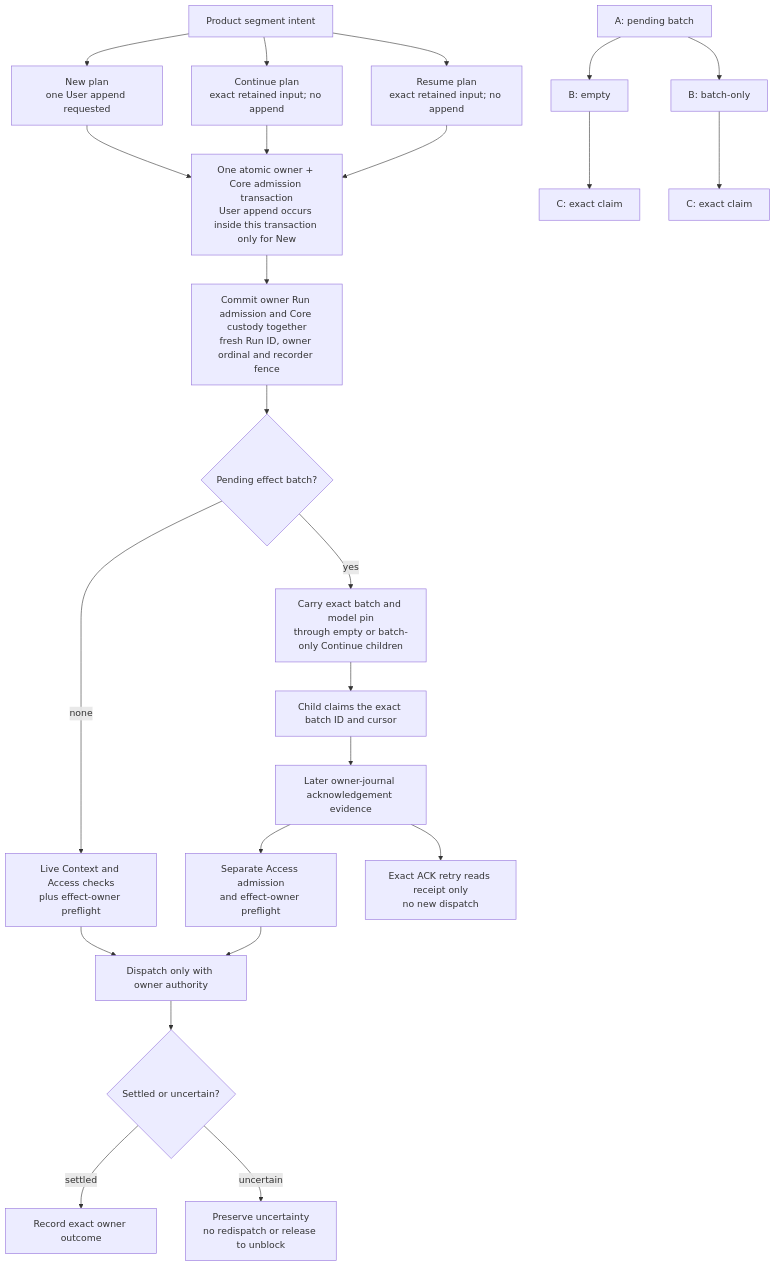
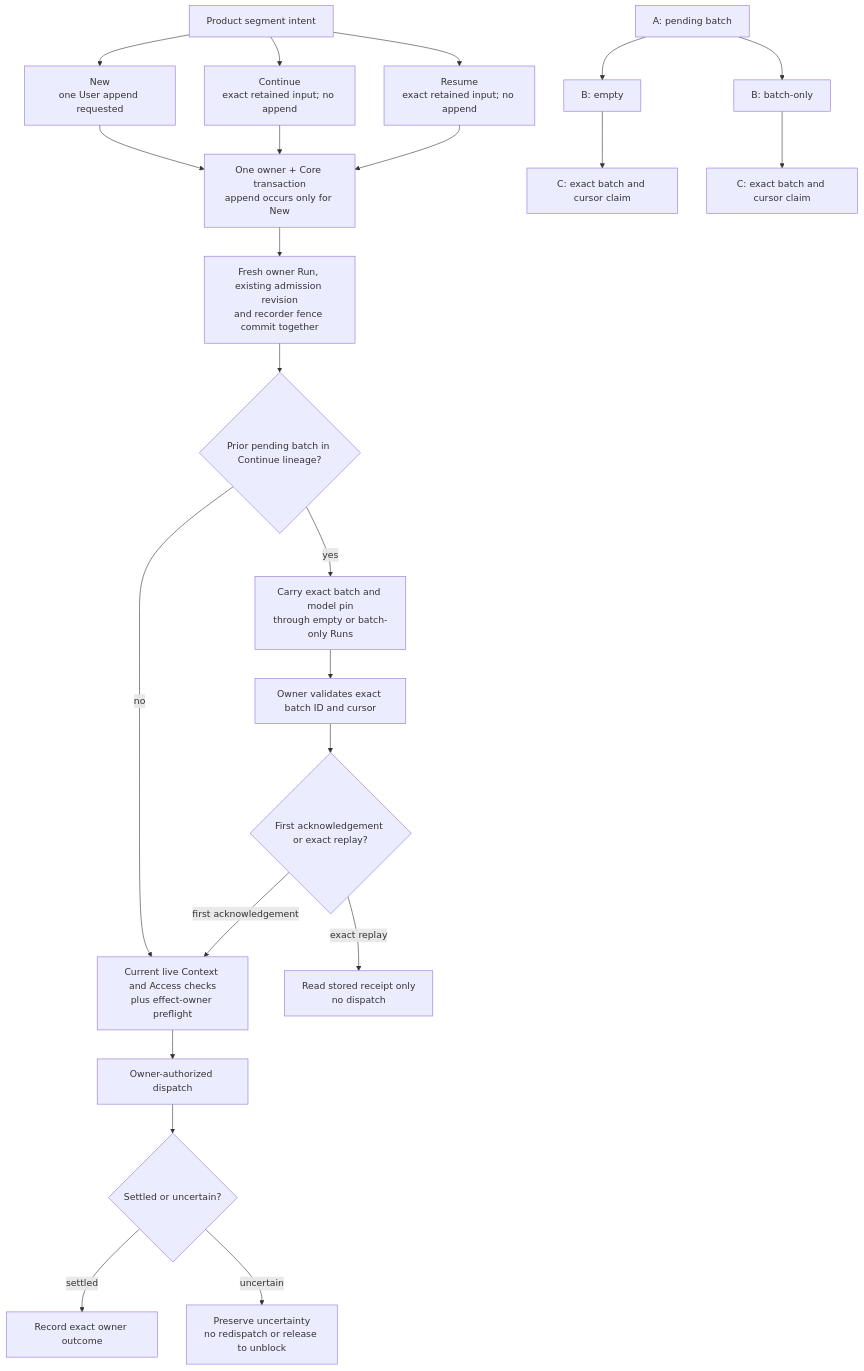
The second of 2 diagrams in docs/plans/2026-10-02-architecture-refactor.md (syi0808/floe), drawn with Mermaid before and after one commit. The commit also changed other lines of this file, not shown here.

Commit message:
docs(plan): reconcile conversation custody contract

```diff
--- a/docs/plans/2026-10-02-architecture-refactor.md
+++ b/docs/plans/2026-10-02-architecture-refactor.md
@@ -168,24 +254,23 @@
 ~~~mermaid
 flowchart TD
-  Intent["Product segment intent"] --> New["New plan<br/>one User append requested"]
-  Intent --> Continue["Continue plan<br/>exact retained input; no append"]
-  Intent --> Resume["Resume plan<br/>exact retained input; no append"]
-  New --> Tx["One atomic owner + Core admission transaction<br/>User append occurs inside this transaction only for New"]
+  Intent["Product segment intent"] --> New["New<br/>one User append requested"]
+  Intent --> Continue["Continue<br/>exact retained input; no append"]
+  Intent --> Resume["Resume<br/>exact retained input; no append"]
+  New --> Tx["One owner + Core transaction<br/>append occurs only for New"]
   Continue --> Tx
   Resume --> Tx
-  Tx --> Fence["Commit owner Run admission and Core custody together<br/>fresh Run ID, owner ordinal and recorder fence"]
-  Fence --> Pending{"Pending effect batch?"}
-  Pending -->|"none"| Checks["Live Context and Access checks<br/>plus effect-owner preflight"]
-  Pending -->|"yes"| Carry["Carry exact batch and model pin<br/>through empty or batch-only Continue children"]
-  Carry --> PendingClaim["Child claims the exact batch ID and cursor"]
-  PendingClaim --> Evidence["Later owner-journal acknowledgement evidence"]
-  Evidence --> Preflight["Separate Access admission<br/>and effect-owner preflight"]
-  Evidence --> Ack["Exact ACK retry reads receipt only<br/>no new dispatch"]
-  Preflight --> Dispatch["Dispatch only with owner authority"]
-  Checks --> Dispatch
+  Tx --> Fence["Fresh owner Run, existing admission revision<br/>and recorder fence commit together"]
+  Fence --> Pending{"Prior pending batch in Continue lineage?"}
+  Pending -->|"no"| Preflight["Current live Context and Access checks<br/>plus effect-owner preflight"]
+  Pending -->|"yes"| Carry["Carry exact batch and model pin<br/>through empty or batch-only Runs"]
+  Carry --> Ack["Owner validates exact batch ID and cursor"]
+  Ack --> AckResult{"First acknowledgement or exact replay?"}
+  AckResult -->|"first acknowledgement"| Preflight
+  AckResult -->|"exact replay"| Retry["Read stored receipt only<br/>no dispatch"]
+  Preflight --> Dispatch["Owner-authorized dispatch"]
   Dispatch --> Outcome{"Settled or uncertain?"}
   Outcome -->|"settled"| Journal["Record exact owner outcome"]
   Outcome -->|"uncertain"| Hold["Preserve uncertainty<br/>no redispatch or release to unblock"]
-  A["A: pending batch"] --> B1["B: empty"] --> C1["C: exact claim"]
-  A --> B2["B: batch-only"] --> C2["C: exact claim"]
+  BatchA["A: pending batch"] --> EmptyB["B: empty"] --> ClaimC["C: exact batch and cursor claim"]
+  BatchA --> BatchOnlyB["B: batch-only"] --> ClaimC2["C: exact batch and cursor claim"]
 ~~~
```
